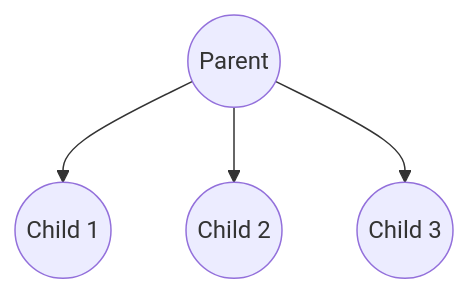
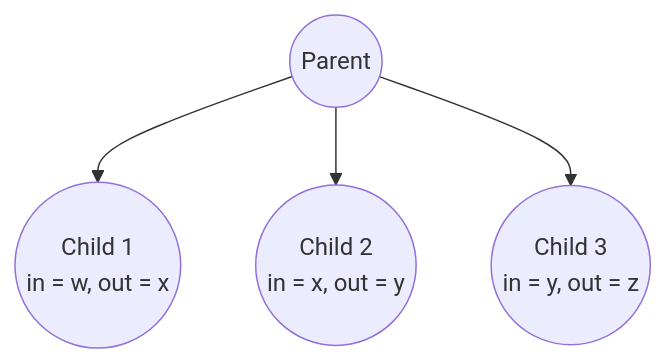
Before and after one commit to CHOYUNSIG/algorithm_with_bojtag: the third of 5 diagrams in public/post/euler_tour_technique.md, drawn with Mermaid. The commit also changed other lines of this file and 14 other files, not shown here.

```diff
--- a/public/post/euler_tour_technique.md
+++ b/public/post/euler_tour_technique.md
@@ -78,14 +76,14 @@
 <pre class="mermaid">
     graph TD
         A --> B
         A --> C
         A --> D
 
     A((Parent))
     B(("Child 1
-    <span class="mathjax mj1"></span>"))
+    <p>in = w, out = x</p>"))
     C(("Child 2
-    <span class="mathjax mj2"></span>"))
+    <p>in = x, out = y</p>"))
     D(("Child 3
-    <span class="mathjax mj3"></span>"))
+    <p>in = y, out = z</p>"))
 </pre>
```
